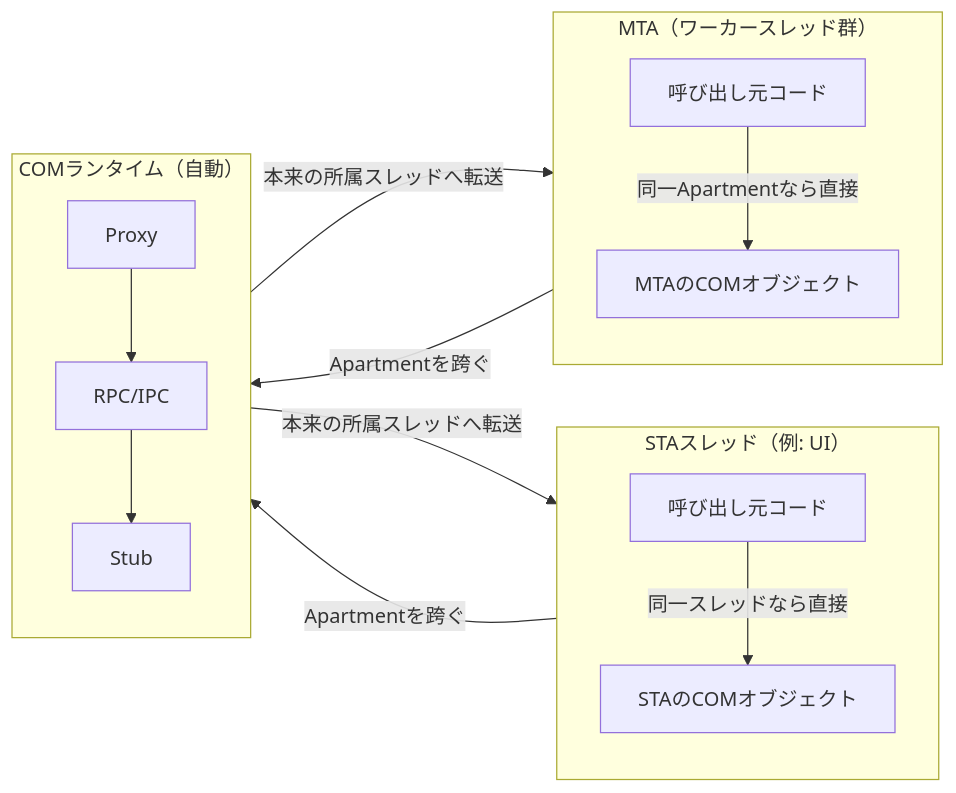
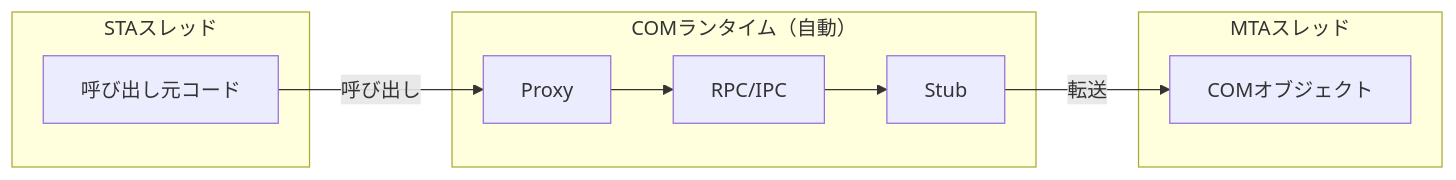
One commit to gomurin0428/KomuraSoftWeb changed the third of 5 diagrams in _posts/2026-01-31-000-sta-mta-com-relationship.md. Above: the diagram before and after it, drawn with Mermaid. The commit also changed other lines of this file, not shown here.

Commit message:
docs: enhance explanation of COM Apartment Model with detailed calling patterns and diagrams

```diff
--- a/_posts/2026-01-31-000-sta-mta-com-relationship.md
+++ b/_posts/2026-01-31-000-sta-mta-com-relationship.md
@@ -27,29 +63,20 @@
 <pre class="mermaid">
 flowchart LR
-    subgraph STA[STAスレッド（例: UI）]
-        direction TB
+    subgraph STA[STAスレッド]
         StaCaller[呼び出し元コード]
-        StaObj[STAのCOMオブジェクト]
-        StaCaller -->|同一スレッドなら直接| StaObj
-    end
-
-    subgraph MTA[MTA（ワーカースレッド群）]
-        direction TB
-        MtaCaller[呼び出し元コード]
-        MtaObj[MTAのCOMオブジェクト]
-        MtaCaller -->|同一Apartmentなら直接| MtaObj
     end
 
     subgraph RT[COMランタイム（自動）]
-        direction TB
         Proxy[Proxy]
         RPC[RPC/IPC]
         Stub[Stub]
         Proxy --> RPC --> Stub
     end
 
-    StaCaller -->|Apartmentを跨ぐ| Proxy
-    MtaCaller -->|Apartmentを跨ぐ| Proxy
-    Stub -->|本来の所属スレッドへ転送| StaObj
-    Stub -->|本来の所属スレッドへ転送| MtaObj
+    subgraph MTA[MTAスレッド]
+        MtaObj[COMオブジェクト]
+    end
+
+    StaCaller -->|呼び出し| Proxy
+    Stub -->|転送| MtaObj
 </pre>
```
